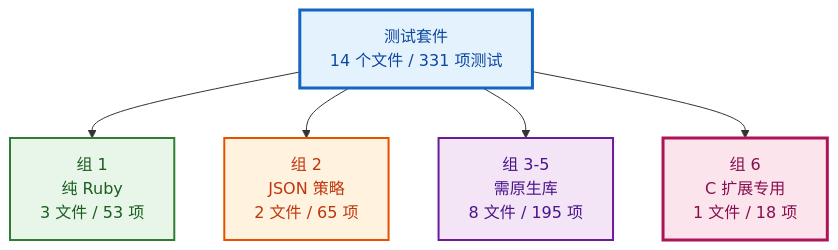
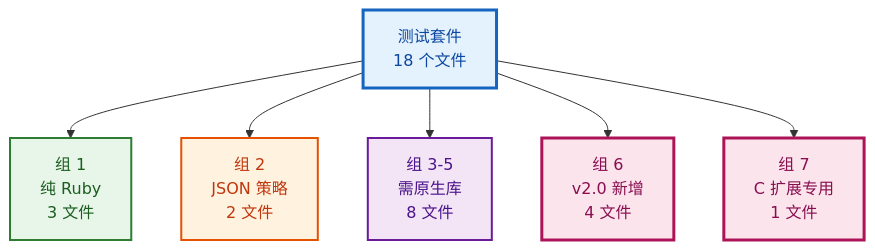
Diagram 11 of 14 in ruby/README.md (PassByYou888/LingoFuse), drawn with Mermaid before and after one commit. The commit also changed other lines of this file and 21 other files, not shown here.

````diff
--- a/ruby/README.md
+++ b/ruby/README.md
@@ -758,21 +736,22 @@
 ```mermaid
 flowchart TD
-    Root["测试套件<br/>14 个文件 / 331 项测试"]
-
-    Root --> G1["组 1<br/>纯 Ruby<br/>3 文件 / 53 项"]
-    Root --> G2["组 2<br/>JSON 策略<br/>2 文件 / 65 项"]
-    Root --> G3["组 3-5<br/>需原生库<br/>8 文件 / 195 项"]
-    Root --> G6["组 6<br/>C 扩展专用<br/>1 文件 / 18 项"]
+    Root["测试套件<br/>18 个文件"]
+    Root --> G1["组 1<br/>纯 Ruby<br/>3 文件"]
+    Root --> G2["组 2<br/>JSON 策略<br/>2 文件"]
+    Root --> G3["组 3-5<br/>需原生库<br/>8 文件"]
+    Root --> G4["组 6<br/>v2.0 新增<br/>4 文件"]
+    Root --> G5["组 7<br/>C 扩展专用<br/>1 文件"]
 
     classDef root fill:#E3F2FD,stroke:#1565C0,stroke-width:3px,color:#0D47A1
     classDef pure fill:#E8F5E9,stroke:#2E7D32,stroke-width:2px,color:#1B5E20
     classDef partial fill:#FFF3E0,stroke:#E65100,stroke-width:2px,color:#BF360C
     classDef native fill:#F3E5F5,stroke:#6A1B9A,stroke-width:2px,color:#4A148C
-    classDef cext fill:#FCE4EC,stroke:#AD1457,stroke-width:3px,color:#880E4F
+    classDef v2 fill:#FCE4EC,stroke:#AD1457,stroke-width:3px,color:#880E4F
 
     class Root root
     class G1 pure
     class G2 partial
     class G3 native
-    class G6 cext
+    class G4 v2
+    class G5 v2
 ```
````
